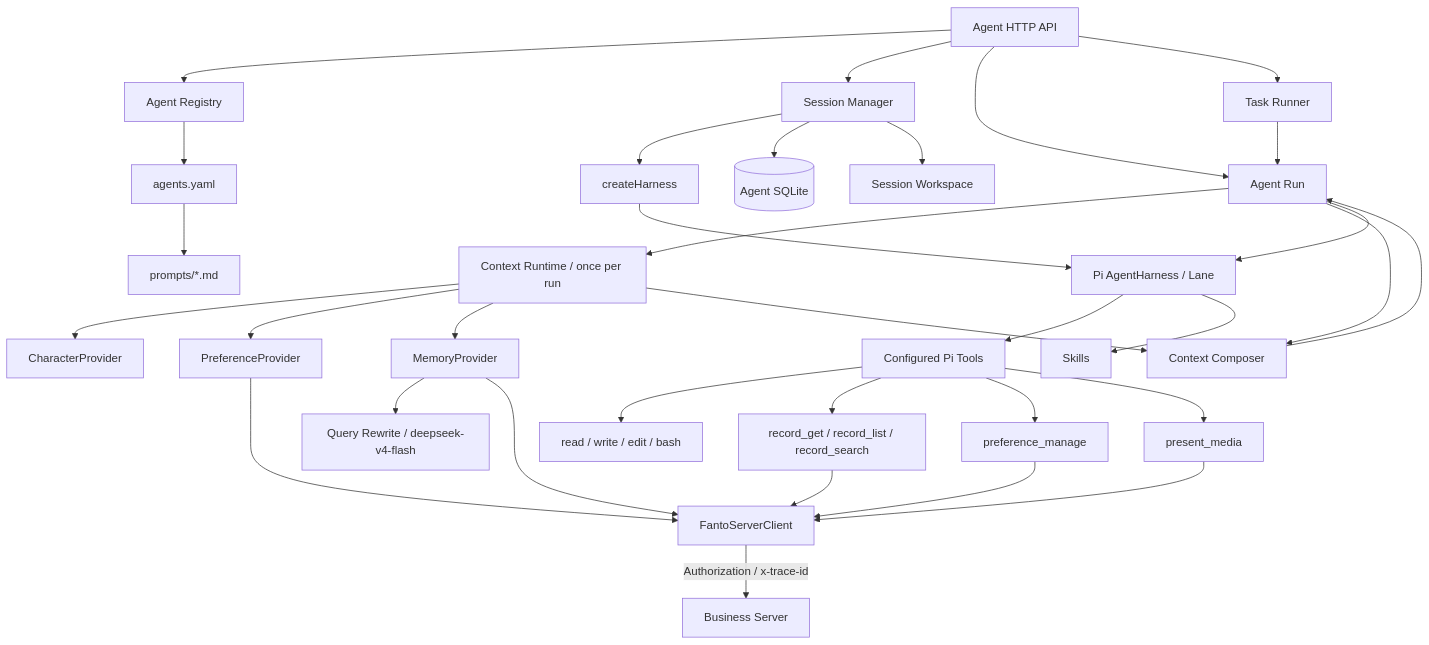
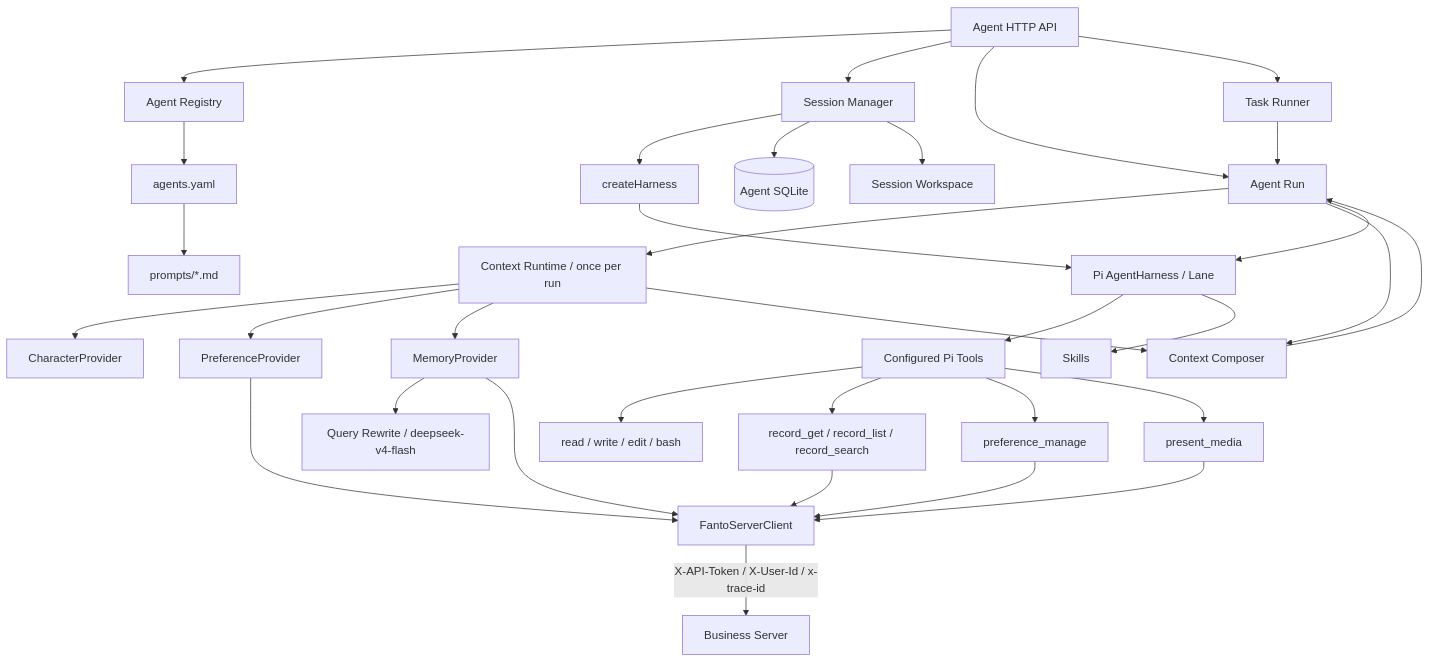
Before and after one commit to huiru-wang/fanto: the diagram in docs/architecture/agent-runtime.md, drawn with Mermaid. The commit also changed other lines of this file and 38 other files, not shown here.

````diff
--- a/docs/architecture/agent-runtime.md
+++ b/docs/architecture/agent-runtime.md
@@ -7,38 +7,38 @@
 ```mermaid
 flowchart TD
   HTTP[Agent HTTP API] --> REG[Agent Registry]
   HTTP --> SM[Session Manager]
   HTTP --> RUN[Agent Run]
   HTTP --> TR[Task Runner]
   TR --> RUN
   REG --> YAML[agents.yaml]
   YAML --> PROMPTS[prompts/*.md]
 
   SM --> HARNESS[createHarness]
   HARNESS --> PI[Pi AgentHarness / Lane]
   SM --> DB[(Agent SQLite)]
   SM --> WS[Session Workspace]
 
   RUN --> CR[Context Runtime / once per run]
   CR --> CHAR[CharacterProvider]
   CR --> PREF[PreferenceProvider]
   CR --> MEM[MemoryProvider]
   PREF --> FSC[FantoServerClient]
   MEM --> QR[Query Rewrite / deepseek-v4-flash]
   MEM --> FSC
   RUN --> CMP[Context Composer]
   CR --> CMP
   CMP --> RUN
   RUN --> PI
 
   PI --> TOOLS[Configured Pi Tools]
   TOOLS --> BUILTIN[read / write / edit / bash]
   TOOLS --> RECORD[record_get / record_list / record_search]
   TOOLS --> PM[preference_manage]
   TOOLS --> PRESENT[present_media]
   RECORD --> FSC
   PM --> FSC
   PRESENT --> FSC
-  FSC -->|Authorization / x-trace-id| SERVER[Business Server]
+  FSC -->|X-API-Token / X-User-Id / x-trace-id| SERVER[Business Server]
   PI --> SKILLS[Skills]
 ```
````
